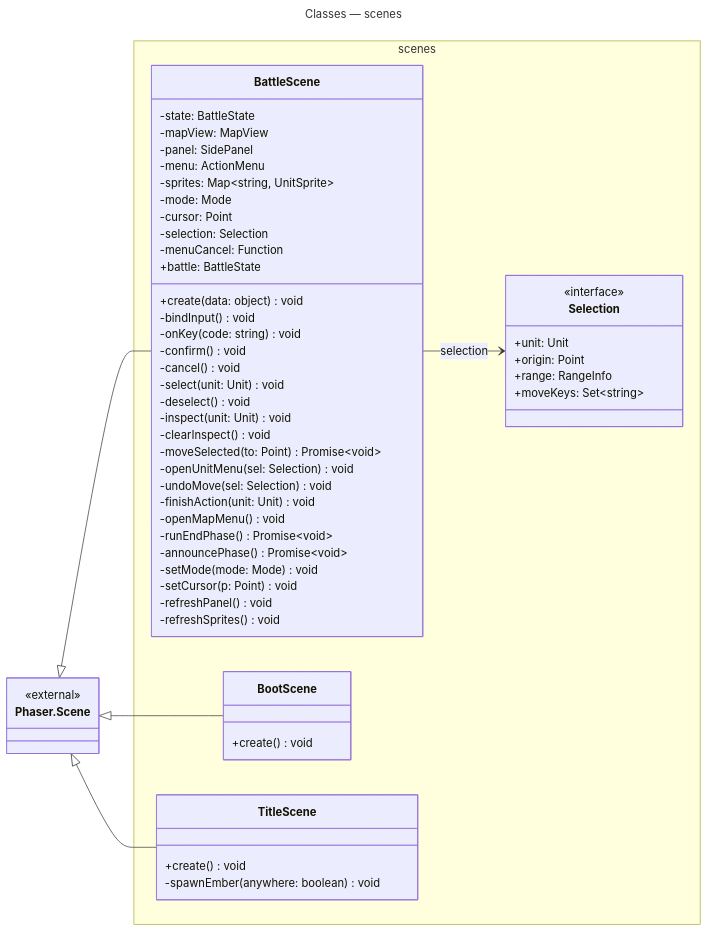
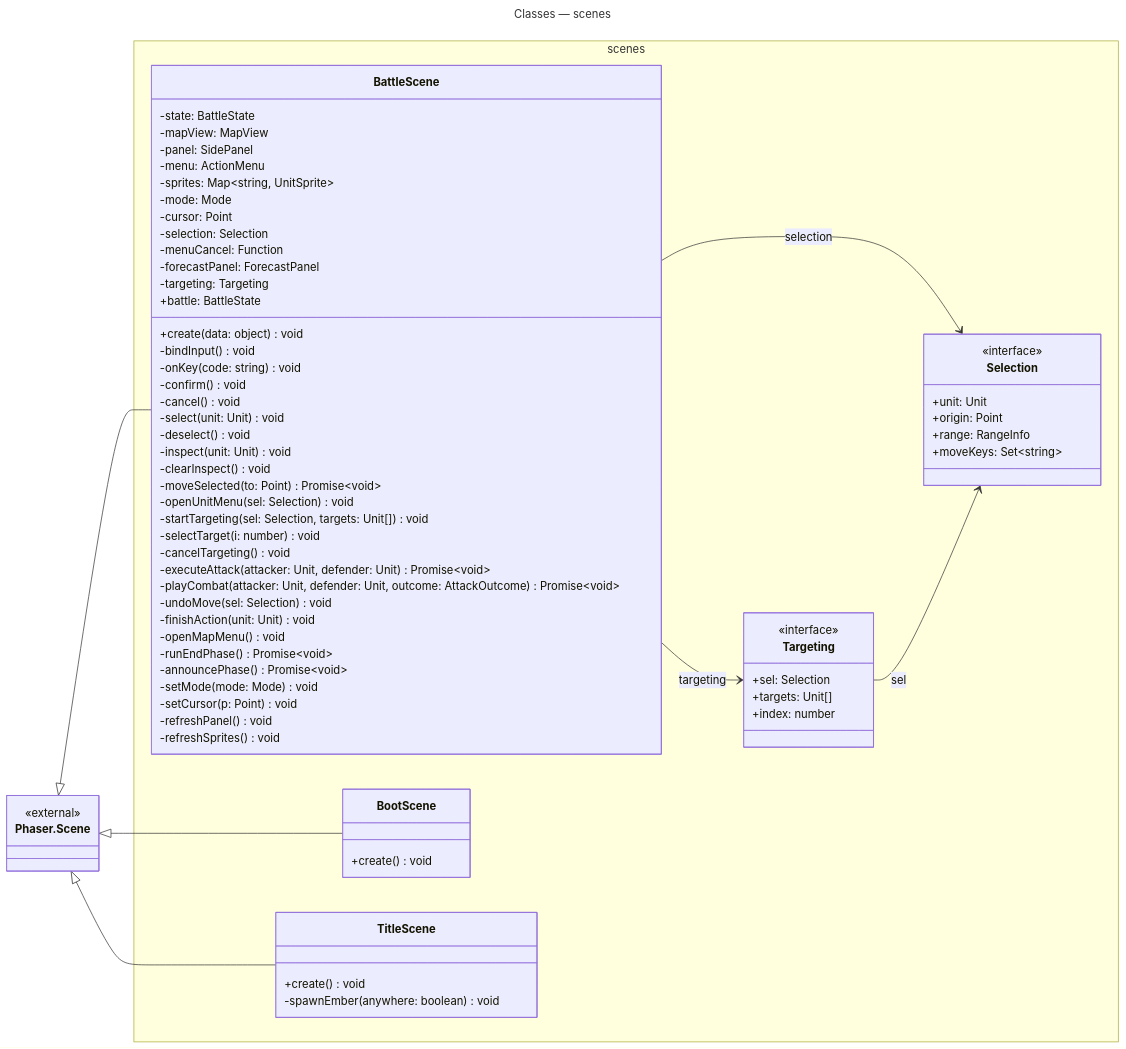
Before and after one commit to Pitossomos/fire-crest: the fifth of 5 diagrams in docs/diagrams/classes.md, drawn with Mermaid. The commit also changed other lines of this file and 13 other files, not shown here.

````diff
--- a/docs/diagrams/classes.md
+++ b/docs/diagrams/classes.md
@@ -633,62 +784,77 @@
 ```mermaid
 ---
 title: Classes — scenes
 ---
 classDiagram
   direction LR
   namespace scenes {
     class BattleScene {
       -state: BattleState
       -mapView: MapView
       -panel: SidePanel
       -menu: ActionMenu
       -sprites: Map~string, UnitSprite~
       -mode: Mode
       -cursor: Point
       -selection: Selection
       -menuCancel: Function
+      -forecastPanel: ForecastPanel
+      -targeting: Targeting
       +battle: BattleState
       +create(data: object) void
       -bindInput() void
       -onKey(code: string) void
       -confirm() void
       -cancel() void
       -select(unit: Unit) void
       -deselect() void
       -inspect(unit: Unit) void
       -clearInspect() void
       -moveSelected(to: Point) Promise~void~
       -openUnitMenu(sel: Selection) void
+      -startTargeting(sel: Selection, targets: Unit[]) void
+      -selectTarget(i: number) void
+      -cancelTargeting() void
+      -executeAttack(attacker: Unit, defender: Unit) Promise~void~
+      -playCombat(attacker: Unit, defender: Unit, outcome: AttackOutcome) Promise~void~
       -undoMove(sel: Selection) void
       -finishAction(unit: Unit) void
       -openMapMenu() void
       -runEndPhase() Promise~void~
       -announcePhase() Promise~void~
       -setMode(mode: Mode) void
       -setCursor(p: Point) void
       -refreshPanel() void
       -refreshSprites() void
+    }
+    class Targeting {
+      <<interface>>
+      +sel: Selection
+      +targets: Unit[]
+      +index: number
     }
     class Selection {
       <<interface>>
       +unit: Unit
       +origin: Point
       +range: RangeInfo
       +moveKeys: Set~string~
     }
     class BootScene {
       +create() void
     }
     class TitleScene {
       +create() void
       -spawnEmber(anywhere: boolean) void
     }
   }
   class Phaser_Scene["Phaser.Scene"] {
     <<external>>
   }
   BattleScene --> Selection : selection
+  BattleScene --> Targeting : targeting
   Phaser_Scene <|-- BattleScene
   Phaser_Scene <|-- BootScene
   Phaser_Scene <|-- TitleScene
+  Targeting --> Selection : sel
 ```
````
